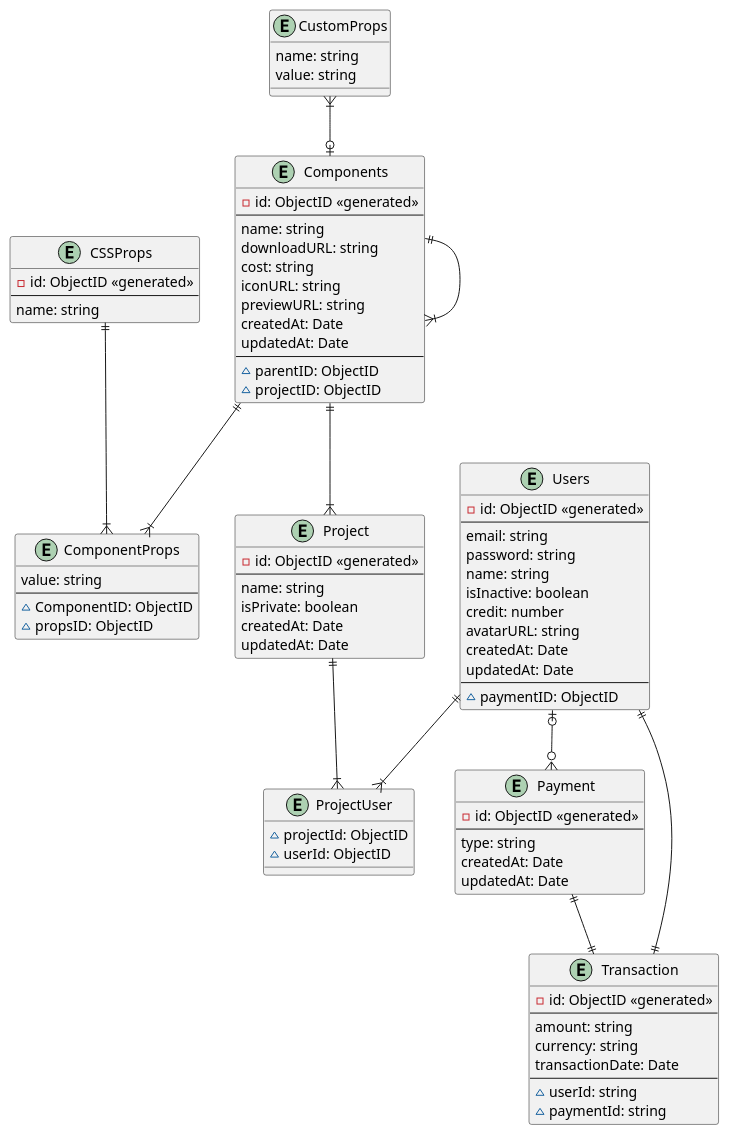
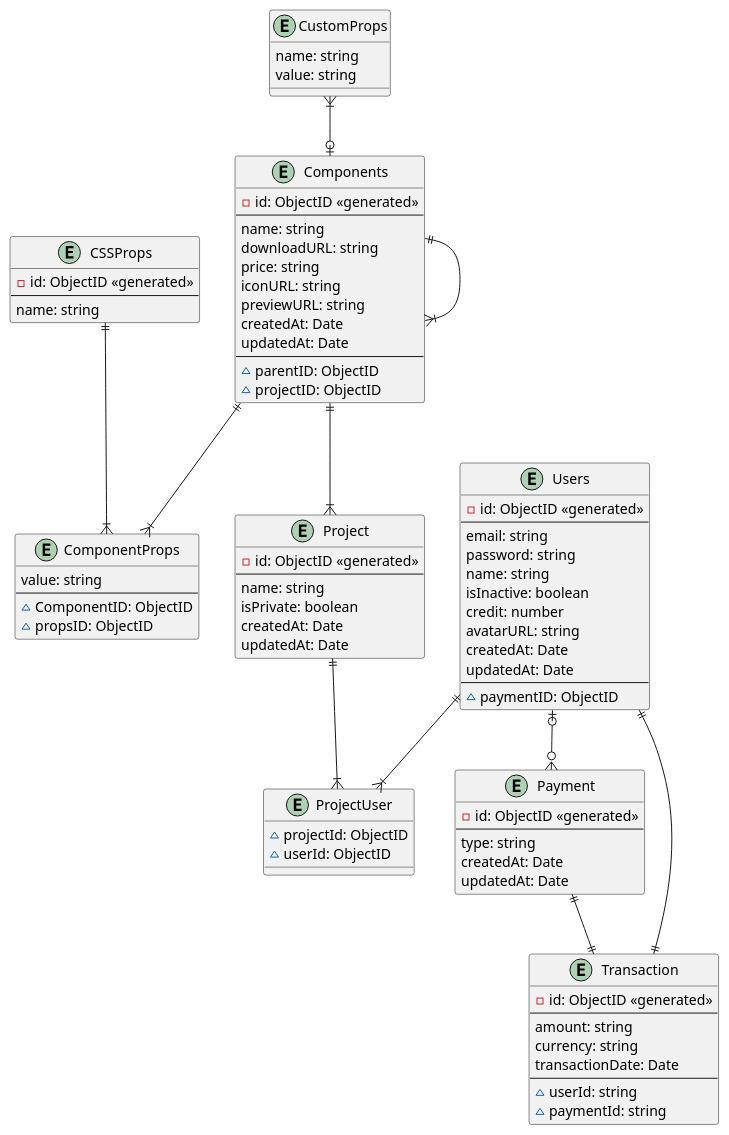
Before and after one commit to hoanglt1223/Capstone_Project_BE: the diagram in docs/architecture/ERD.puml, drawn with PlantUML. The commit also changed 65 other files, not shown here.

```diff
--- a/docs/architecture/ERD.puml
+++ b/docs/architecture/ERD.puml
@@ -1,90 +1,90 @@
 @startuml SET2020
 entity CSSProps {
   -id: ObjectID <<generated>>
   --
   name: string
 }
 entity Components {
   -id: ObjectID <<generated>>
   --
   name: string
   downloadURL: string
-  cost: string
+  price: string
   iconURL: string
   previewURL: string
   createdAt: Date
   updatedAt: Date
   --
   ~parentID: ObjectID
   ~projectID: ObjectID
 }
 entity CustomProps {
   name: string
   value: string
 }
 entity ComponentProps {
   value: string
   --
   ~ComponentID: ObjectID
   ~propsID: ObjectID
 }
 entity Project {
   -id: ObjectID <<generated>>
   --
   name: string
   isPrivate: boolean
   createdAt: Date
   updatedAt: Date
 }
 entity ProjectUser {
   ~projectId: ObjectID
   ~userId: ObjectID
 }
 entity Users {
   -id: ObjectID <<generated>>
   --
   email: string
   password: string
   name: string
   isInactive: boolean
   credit: number
   avatarURL: string
   createdAt: Date
   updatedAt: Date
   --
   ~paymentID: ObjectID
 }
 entity Payment {
   -id: ObjectID <<generated>>
   --
   type: string
   createdAt: Date
   updatedAt: Date
 }
 entity Transaction {
   -id: ObjectID <<generated>>
   --
   amount: string
   currency: string
   transactionDate: Date
   --
   ~userId: string
   ~paymentId: string
 }
 CSSProps||--|{ComponentProps
 Components||--|{ComponentProps
 
 CustomProps}|--o|Components
 
 Components||--|{Components
 
 Components||--|{Project
 Users||--|{ProjectUser
 Project||--|{ProjectUser
 
 Users|o--o{Payment
 
 Users||--||Transaction
 Payment||--||Transaction
 
 @enduml
```
